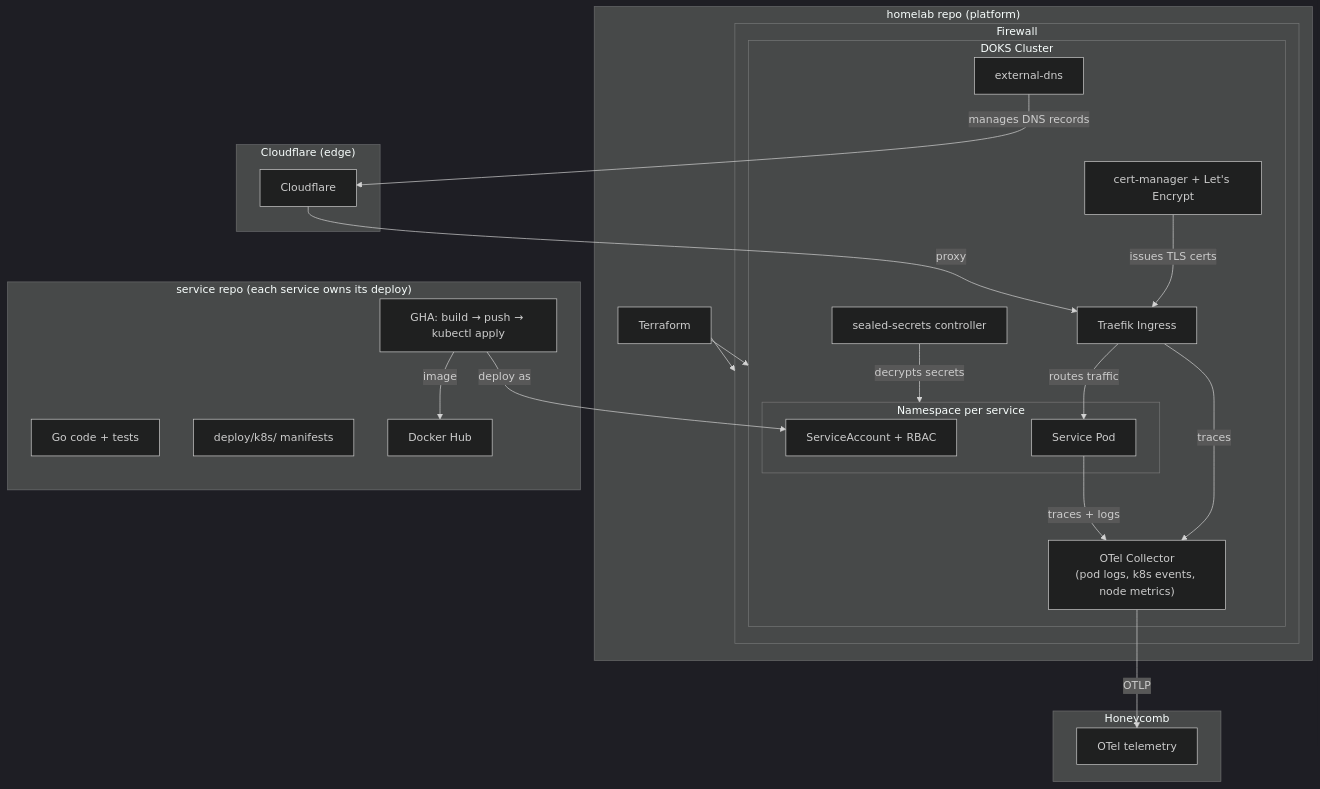
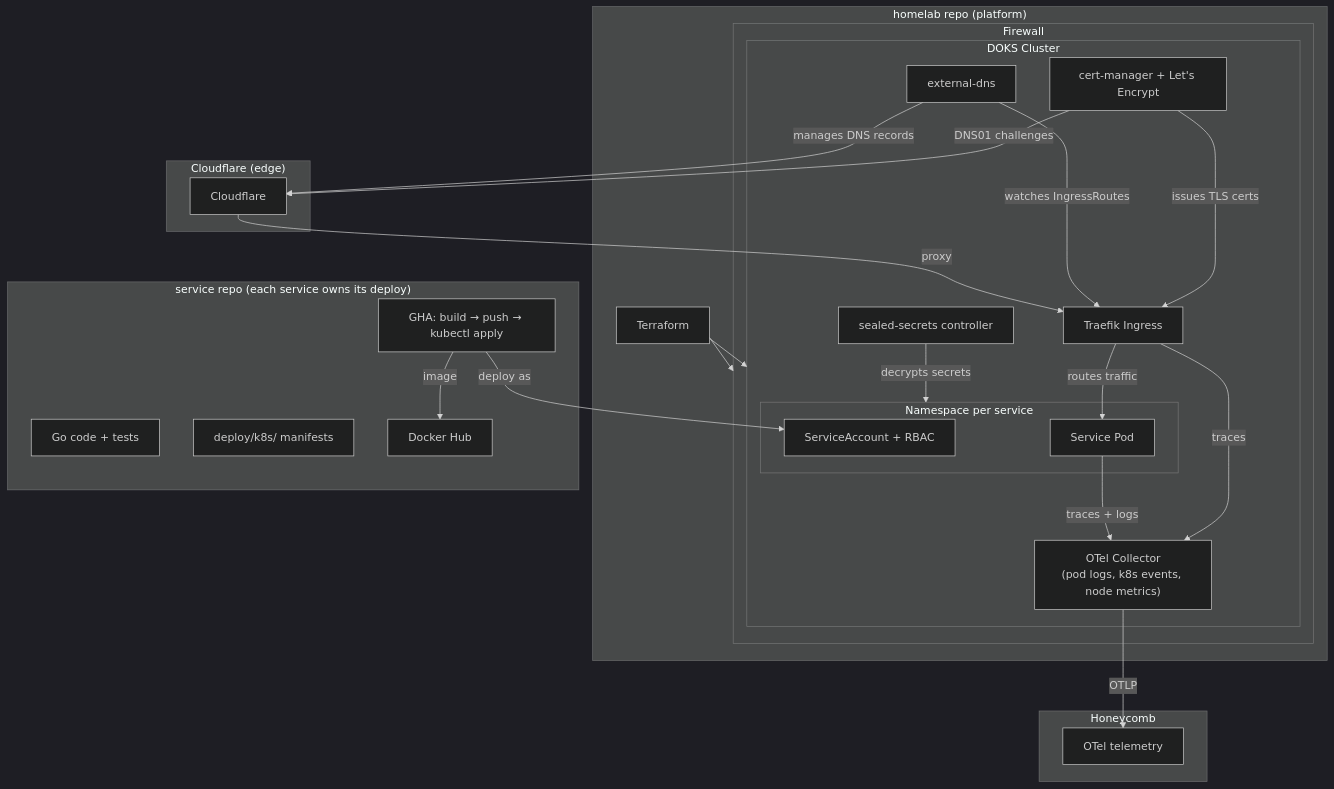
One commit to w-h-a/homelab changed the diagram in README.md. Above: the diagram before and after it, drawn with Mermaid (dark theme). The commit also changed 1 other file, not shown here.

Commit message:
fix: disable legacy Traefik CRD source in external-dns (#21)

````diff
--- a/README.md
+++ b/README.md
@@ -5,46 +5,48 @@
 ```mermaid
 graph TB                                                                                            
     subgraph "homelab repo (platform)" 
         TF[Terraform]       
         subgraph FW[Firewall]
             subgraph DOKS[DOKS Cluster]
                 TRAEFIK[Traefik Ingress]
                 CM[cert-manager + Let's Encrypt]
                 EDNS[external-dns]
                 SS[sealed-secrets controller]
                 OTEL["OTel Collector<br/>(pod logs, k8s events, node metrics)"]
                 subgraph NS[Namespace per service]
                     SVC_SA[ServiceAccount + RBAC]
                     SVC_POD[Service Pod]
                 end
                 TRAEFIK -->|routes traffic| SVC_POD
                 CM -->|issues TLS certs| TRAEFIK
+                EDNS -->|watches IngressRoutes| TRAEFIK
                 SS -->|decrypts secrets| NS
                 TRAEFIK -->|traces| OTEL
                 SVC_POD -->|traces + logs| OTEL
             end
         end
         TF --> FW
         TF --> DOKS
     end
 
     subgraph "Cloudflare (edge)"
         CF[Cloudflare]
         CF -->|proxy| TRAEFIK
+        CM -->|DNS01 challenges| CF 
         EDNS -->|manages DNS records| CF
     end
 
     subgraph "service repo (each service owns its deploy)"
         SVC_CODE[Go code + tests]
         SVC_K8S[deploy/k8s/ manifests]
         SVC_GHA[GHA: build → push → kubectl apply]
         SVC_GHA -->|image| DH[Docker Hub]
         SVC_GHA -->|deploy as| SVC_SA
     end
 
     subgraph "Honeycomb"
         HC[OTel telemetry]
     end
 
     OTEL -->|OTLP| HC
 ```
````
